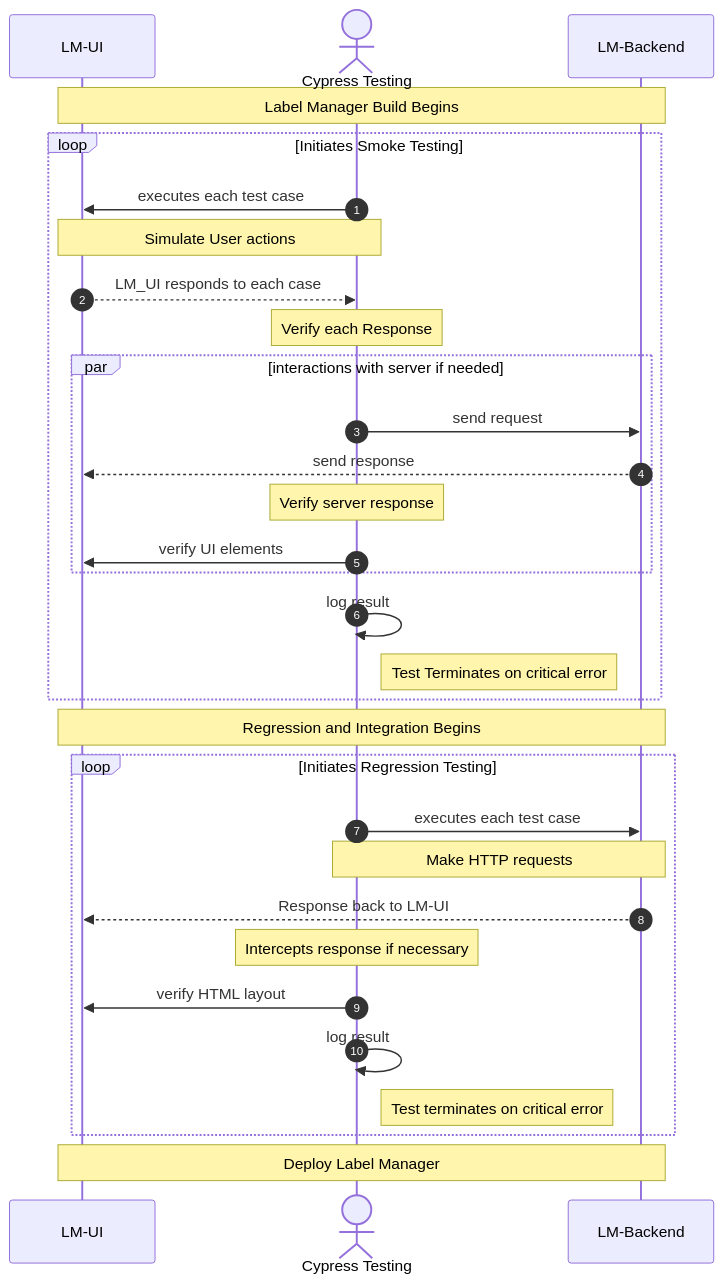
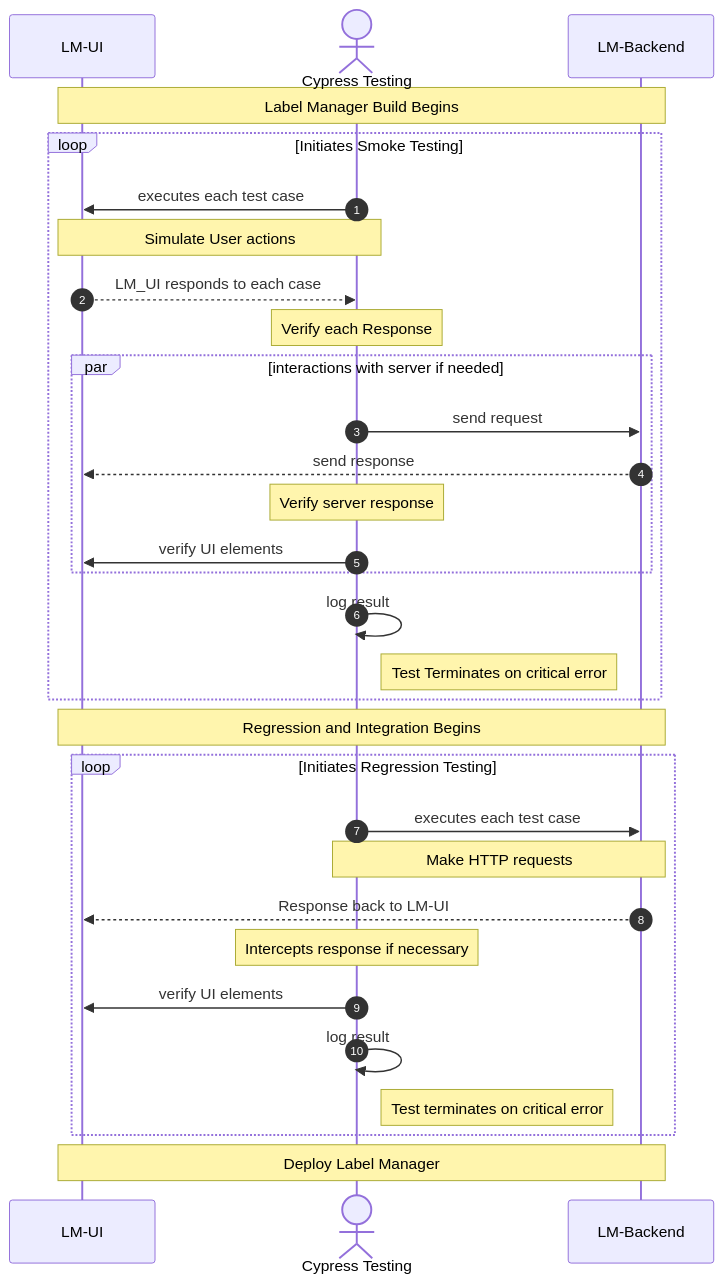
Before and after one commit to yongjohnlee80/techday20220922_Mermaid: the first of 3 diagrams in README.md, drawn with Mermaid. The commit also changed other lines of this file, not shown here.

````diff
--- a/README.md
+++ b/README.md
@@ -24,40 +24,40 @@
 ```mermaid
 sequenceDiagram
     autonumber
     participant A as LM-UI
     actor B as Cypress Testing
     participant C as LM-Backend
 
     Note over A, C: Label Manager Build Begins
 
     loop Initiates Smoke Testing
         B->>A: executes each test case
         Note over A,B: Simulate User actions
         A-->>B: LM_UI responds to each case
         Note over B: Verify each Response
         par interactions with server if needed
             B->>C: send request
             C-->>A: send response
             Note over B: Verify server response
             B->>A: verify UI elements
         end
 
         B->>B: log result
         Note right of B: Test Terminates on critical error
     end
 
         Note over A, C: Regression and Integration Begins
 
     loop Initiates Regression Testing
         B->>C: executes each test case
         Note over B,C: Make HTTP requests
         C-->>A: Response back to LM-UI
         Note over B: Intercepts response if necessary
-        B->>A: verify HTML layout
+        B->>A: verify UI elements
         B->>B: log result
         Note right of B: Test terminates on critical error
     end
 
     Note over A, C: Deploy Label Manager
 
 ```
````
